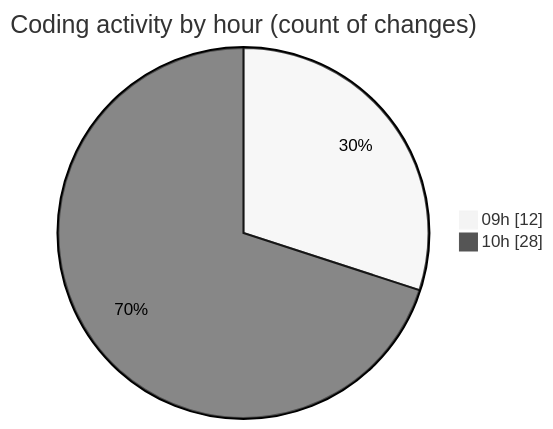
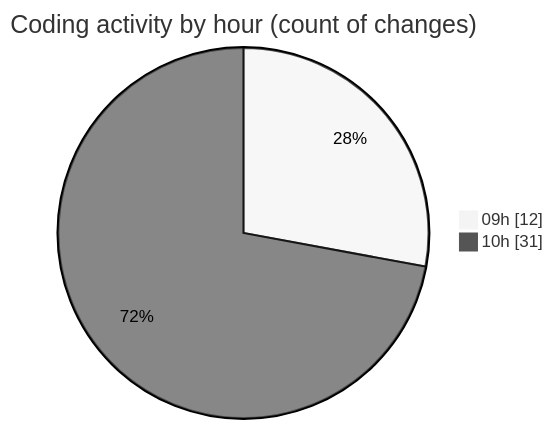
Before and after one commit to momahboobian/code-tracking: the second of 2 diagrams in 2025-11-27/cda/README.md, drawn with Mermaid (neutral theme). The commit also changed other lines of this file and 1 other file, not shown here.

````diff
--- a/2025-11-27/cda/README.md
+++ b/2025-11-27/cda/README.md
@@ -31,6 +31,6 @@
 ```mermaid
 pie showData
 title Coding activity by hour (count of changes)
 "09h" : 12
-"10h" : 28
+"10h" : 31
 ```
````
